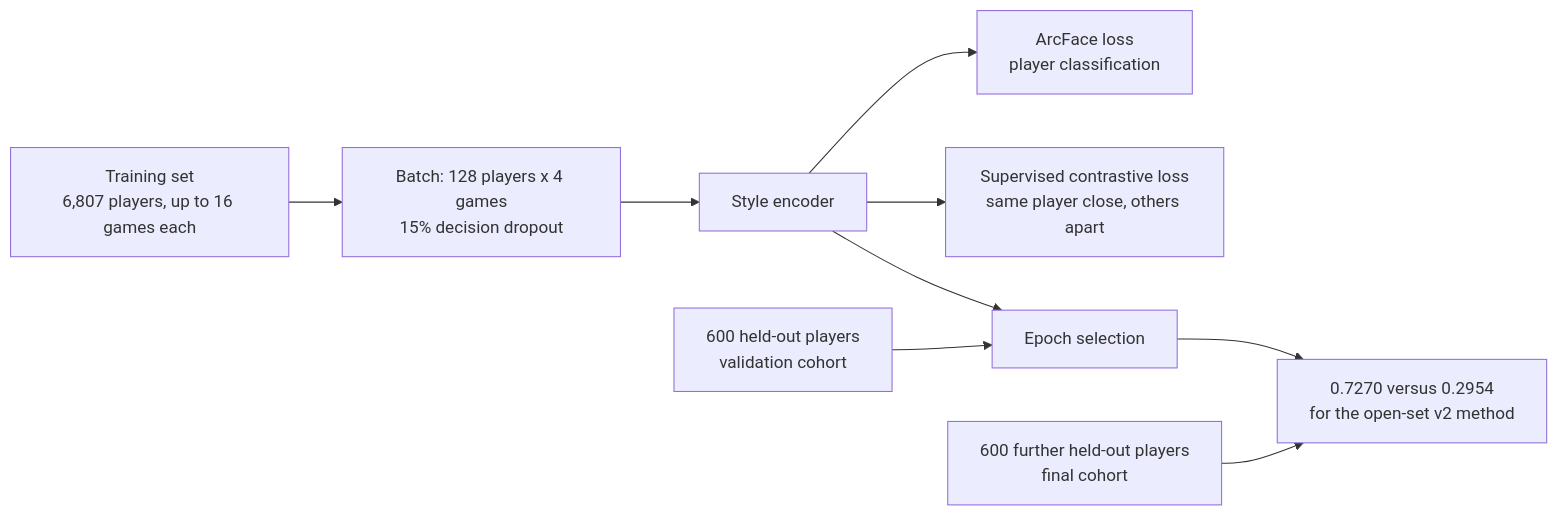
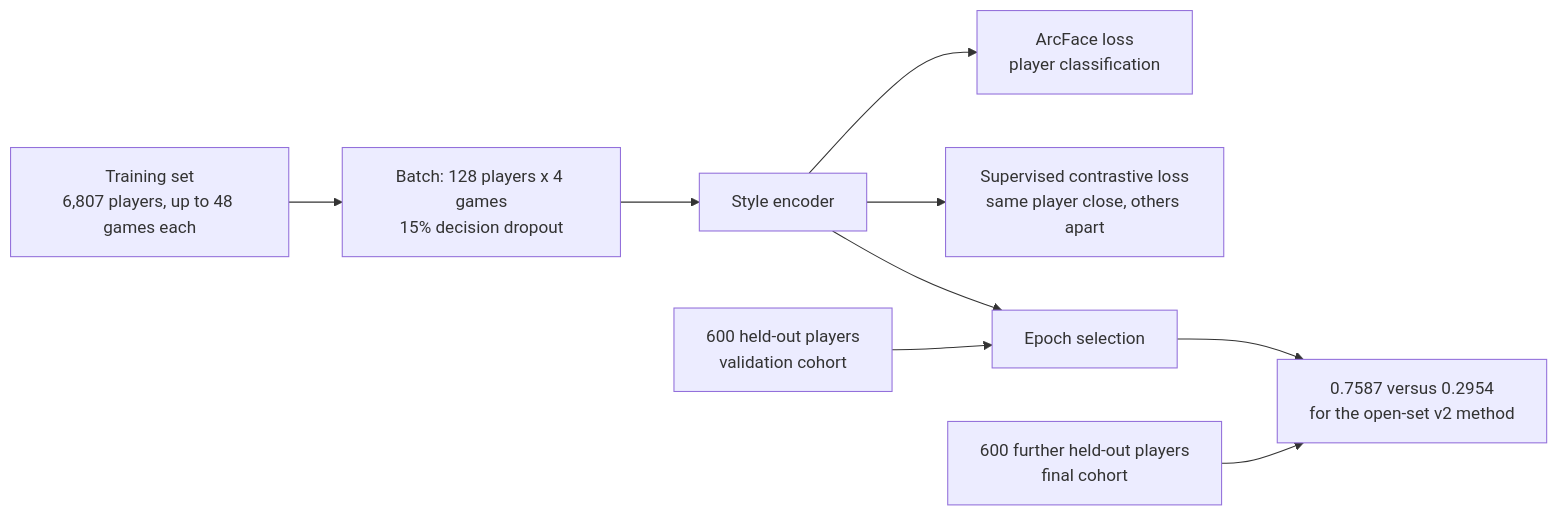
Before and after one commit to richard880502/AICUP2026_GO: the second of 3 diagrams in README.md, drawn with Mermaid. The commit also changed other lines of this file and 2 other files, not shown here.

````diff
--- a/README.md
+++ b/README.md
@@ -71,11 +71,11 @@
 ```mermaid
 flowchart LR
-    TRAIN["Training set<br/>6,807 players, up to 16 games each"] --> BATCH["Batch: 128 players x 4 games<br/>15% decision dropout"]
+    TRAIN["Training set<br/>6,807 players, up to 48 games each"] --> BATCH["Batch: 128 players x 4 games<br/>15% decision dropout"]
     BATCH --> ENC["Style encoder"]
     ENC --> ARC["ArcFace loss<br/>player classification"]
     ENC --> CON["Supervised contrastive loss<br/>same player close, others apart"]
     VAL["600 held-out players<br/>validation cohort"] --> SELECT["Epoch selection"]
     ENC --> SELECT
-    FINAL["600 further held-out players<br/>final cohort"] --> REPORT["0.7270 versus 0.2954<br/>for the open-set v2 method"]
+    FINAL["600 further held-out players<br/>final cohort"] --> REPORT["0.7587 versus 0.2954<br/>for the open-set v2 method"]
     SELECT --> REPORT
 ```
````
